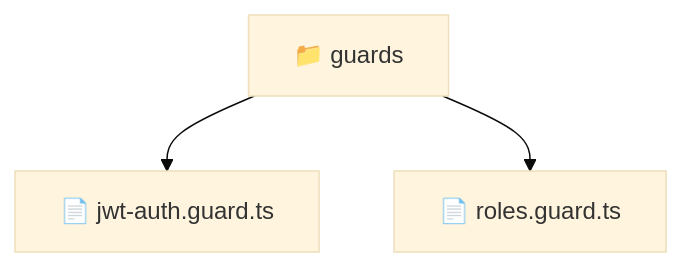
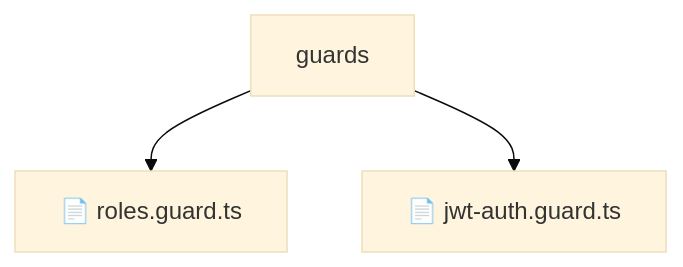
One commit to beginwebdev2002/fullstack-mavluda changed the diagram in backend/src/common/guards/README.md. Above: the diagram before and after it, drawn with Mermaid (base theme). The commit also changed other lines of this file and 155 other files, not shown here.

````diff
--- a/backend/src/common/guards/README.md
+++ b/backend/src/common/guards/README.md
@@ -9,6 +14,6 @@
 ```mermaid
 graph TD
-  Root["📁 guards"]
-  Root --> jwtauthguardts["📄 jwt-auth.guard.ts"]
-  Root --> rolesguardts["📄 roles.guard.ts"]
+    Root[guards]
+    Root --> F0[📄 roles.guard.ts]
+    Root --> F1[📄 jwt-auth.guard.ts]
 ```
````
